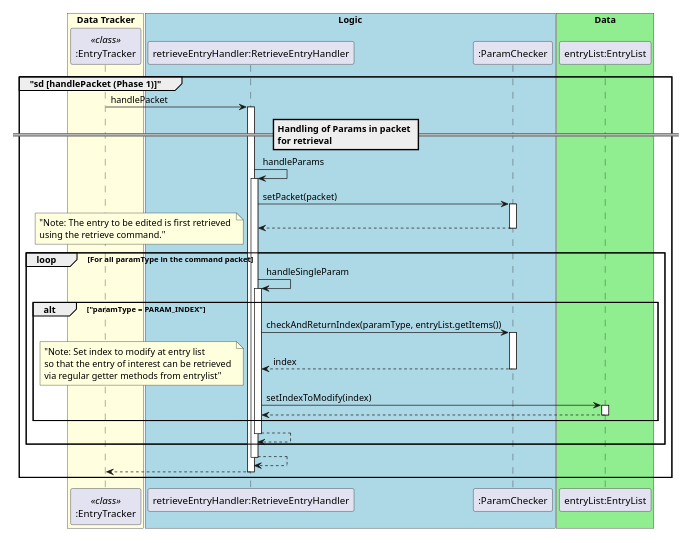
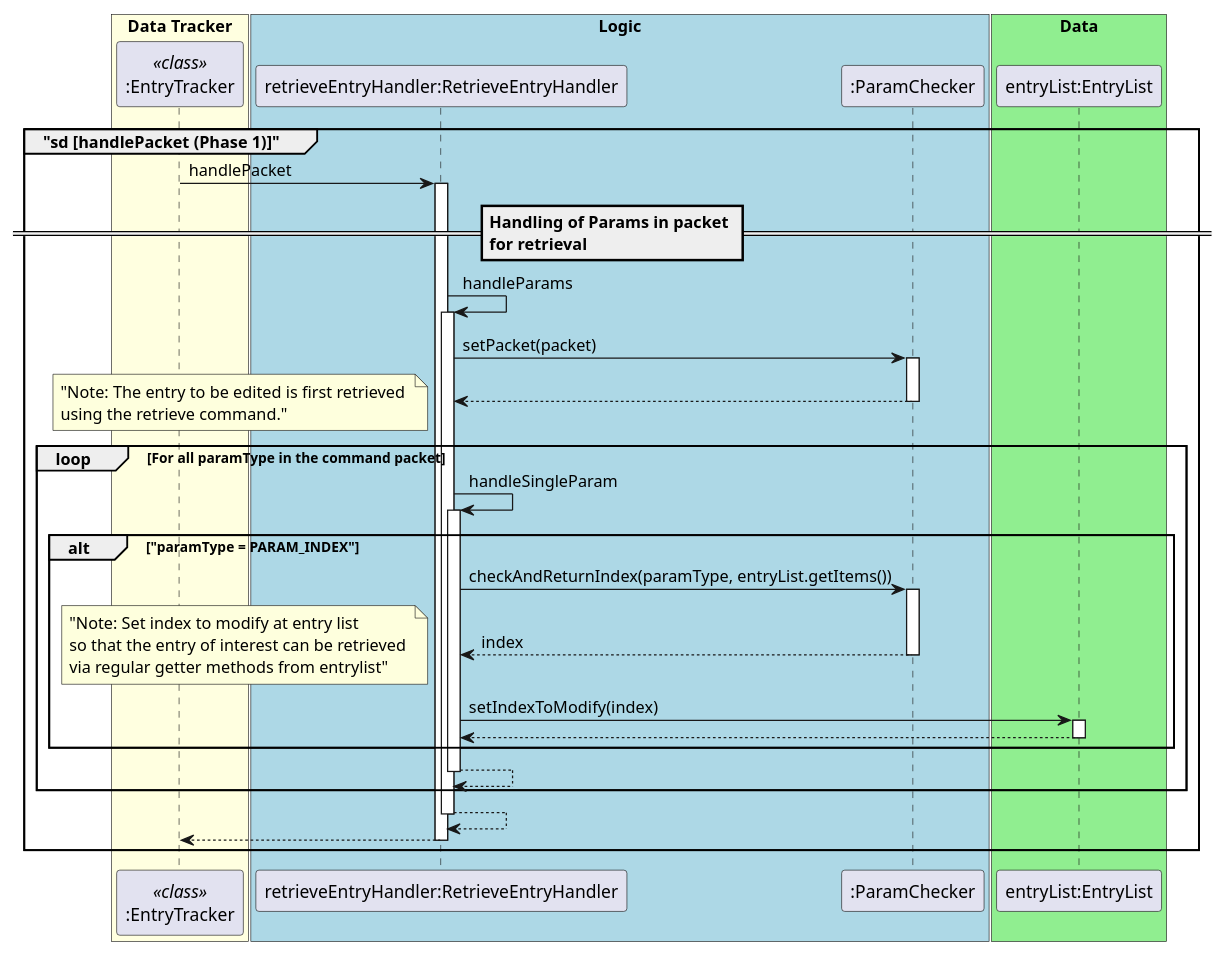
The diagram in docs/diagrams/entrytracker/entryTrackerEditEntrySeqDiagram2.puml (nus-cs2113-AY2021S1/tp), drawn with PlantUML before and after one commit. The commit also changed 9 other files, not shown here.

```diff
--- a/docs/diagrams/entrytracker/entryTrackerEditEntrySeqDiagram2.puml
+++ b/docs/diagrams/entrytracker/entryTrackerEditEntrySeqDiagram2.puml
@@ -1,50 +1,50 @@
 @startuml
 autoactivate on
-scale 500 width
+scale 900 width
 skinparam shadowing false
 skinparam sequence {
 ActorBorderColor white
 
 ActorBackgroundColor white
 ActorFontColor white
 ActorFontSize 17
 ActorFontName ""
 }
 
 
 
 box "Data Tracker" #LightYellow
 participant ":EntryTracker" as entryTracker <<class>>
 endBox
 
 box "Logic" #LightBlue
 participant "retrieveEntryHandler:RetrieveEntryHandler"
 participant ":ParamChecker"
 endBox
 
 box "Data" #LightGreen
 participant "entryList:EntryList"
 endBox
 group "sd [handlePacket (Phase 1)]"
        entryTracker-> "retrieveEntryHandler:RetrieveEntryHandler" : handlePacket
 
             == Handling of Params in packet \nfor retrieval ==
             "retrieveEntryHandler:RetrieveEntryHandler" -> "retrieveEntryHandler:RetrieveEntryHandler" : handleParams
                 "retrieveEntryHandler:RetrieveEntryHandler" -> ":ParamChecker" : setPacket(packet)
                 return
                 loop For all paramType in the command packet
                     note left: "Note: The entry to be edited is first retrieved \nusing the retrieve command."
                     "retrieveEntryHandler:RetrieveEntryHandler" -> "retrieveEntryHandler:RetrieveEntryHandler" : handleSingleParam
                         alt "paramType = PARAM_INDEX"
                             "retrieveEntryHandler:RetrieveEntryHandler" ->":ParamChecker": checkAndReturnIndex(paramType, entryList.getItems())
                             return index
                             note left: "Note: Set index to modify at entry list\nso that the entry of interest can be retrieved \nvia regular getter methods from entrylist"
                             "retrieveEntryHandler:RetrieveEntryHandler" -> "entryList:EntryList" : setIndexToModify(index)
                             return
                         end
                     return
                 end
             return
        return
 end
 @enduml
```
